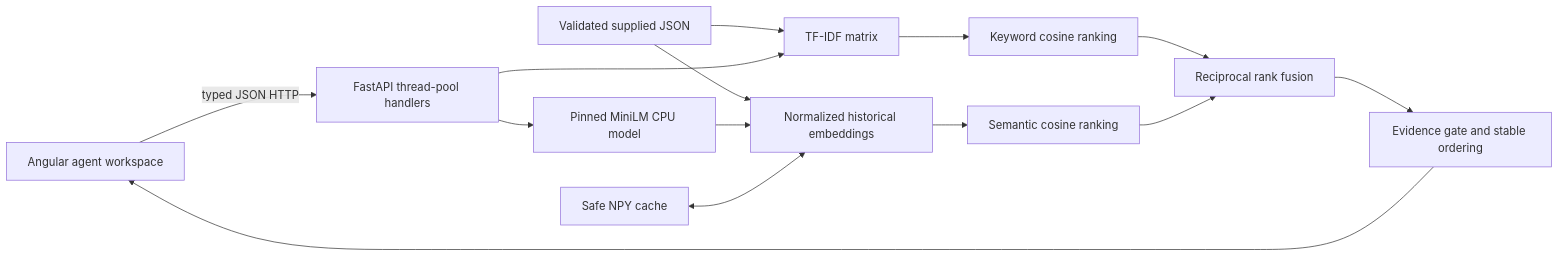
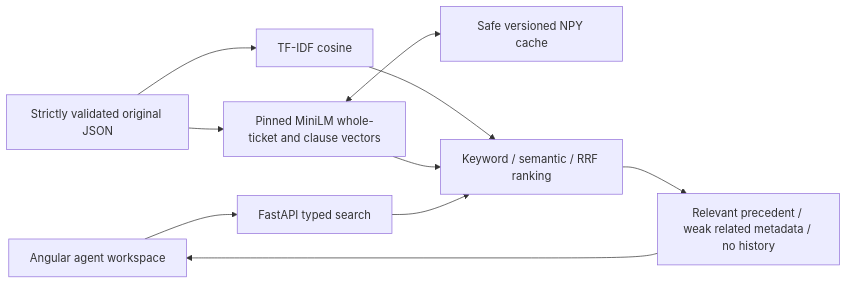
One commit to himanshunavin03/solari-ticket-assistant changed the diagram in SOLUTION_DESIGN.md. Above: the diagram before and after it, drawn with Mermaid. The commit also changed other lines of this file and 28 other files, not shown here.

````diff
--- a/SOLUTION_DESIGN.md
+++ b/SOLUTION_DESIGN.md
@@ -11,16 +11,12 @@
 ```mermaid
 flowchart LR
-  A[Angular agent workspace] -->|typed JSON HTTP| B[FastAPI thread-pool handlers]
-  C[Validated supplied JSON] --> D[TF-IDF matrix]
-  C --> E[Normalized historical embeddings]
-  F[Pinned MiniLM CPU model] --> E
-  G[Safe NPY cache] <--> E
-  B --> D
-  B --> F
-  D --> H[Keyword cosine ranking]
-  E --> I[Semantic cosine ranking]
-  H --> J[Reciprocal rank fusion]
-  I --> J
-  J --> K[Evidence gate and stable ordering]
-  K --> A
+  UI[Angular agent workspace] --> API[FastAPI typed search]
+  JSON[Strictly validated original JSON] --> KW[TF-IDF cosine]
+  JSON --> EMB[Pinned MiniLM whole-ticket and clause vectors]
+  EMB <--> CACHE[Safe versioned NPY cache]
+  KW --> RANK[Keyword / semantic / RRF ranking]
+  EMB --> RANK
+  API --> RANK
+  RANK --> REVIEW[Relevant precedent / weak related metadata / no history]
+  REVIEW --> UI
 ```
````
